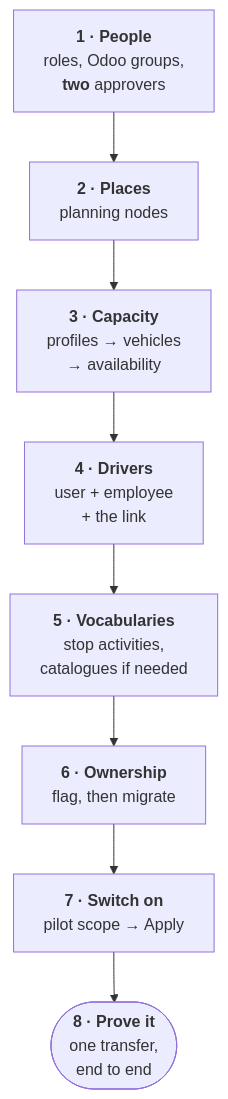
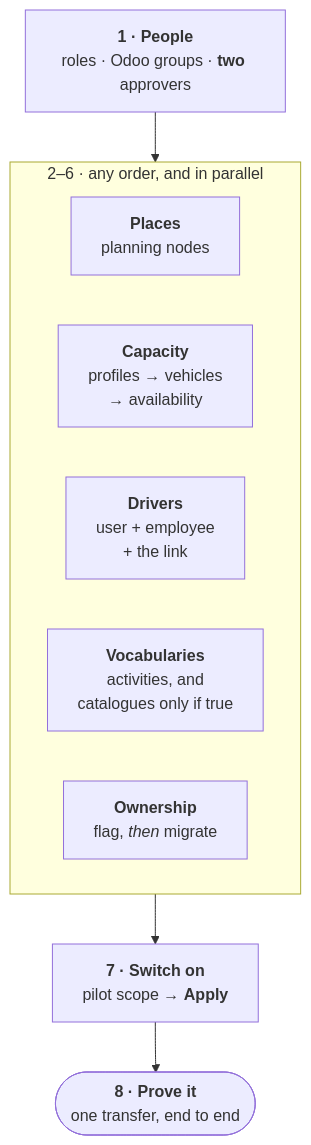
One commit to mo-shaker/b2bdoc changed the diagram in docs/user-manual/configuration/building-master-data.mdx. Above: the diagram before and after it, drawn with Mermaid. The commit also changed 1 other file, not shown here.

Commit message:
docs: show the parallel phases in the master-data build diagram
The prose says steps 2-6 are independent and can be done in parallel; a
flat eight-node chain contradicted that. Groups them under a subgraph so
the diagram carries the same claim the text makes.

````diff
--- a/docs/user-manual/configuration/building-master-data.mdx
+++ b/docs/user-manual/configuration/building-master-data.mdx
@@ -50,12 +50,15 @@
 ```mermaid
 flowchart TB
-    A["<b>1 · People</b><br/>roles, Odoo groups,<br/><b>two</b> approvers"]
-    B["<b>2 · Places</b><br/>planning nodes"]
-    C["<b>3 · Capacity</b><br/>profiles → vehicles<br/>→ availability"]
-    D["<b>4 · Drivers</b><br/>user + employee<br/>+ the link"]
-    E["<b>5 · Vocabularies</b><br/>stop activities,<br/>catalogues if needed"]
-    F["<b>6 · Ownership</b><br/>flag, then migrate"]
-    G["<b>7 · Switch on</b><br/>pilot scope → Apply"]
-    H(["<b>8 · Prove it</b><br/>one transfer,<br/>end to end"])
-    A --> B --> C --> D --> E --> F --> G --> H
+    A["<b>1 · People</b><br/>roles · Odoo groups · <b>two</b> approvers"]
+    subgraph MID [" 2–6 · any order, and in parallel "]
+        direction LR
+        B["<b>Places</b><br/>planning nodes"]
+        C["<b>Capacity</b><br/>profiles → vehicles<br/>→ availability"]
+        D["<b>Drivers</b><br/>user + employee<br/>+ the link"]
+        E["<b>Vocabularies</b><br/>activities, and<br/>catalogues only if true"]
+        F["<b>Ownership</b><br/>flag, <i>then</i> migrate"]
+    end
+    G["<b>7 · Switch on</b><br/>pilot scope → <b>Apply</b>"]
+    H(["<b>8 · Prove it</b><br/>one transfer, end to end"])
+    A --> MID --> G --> H
 ```
````
